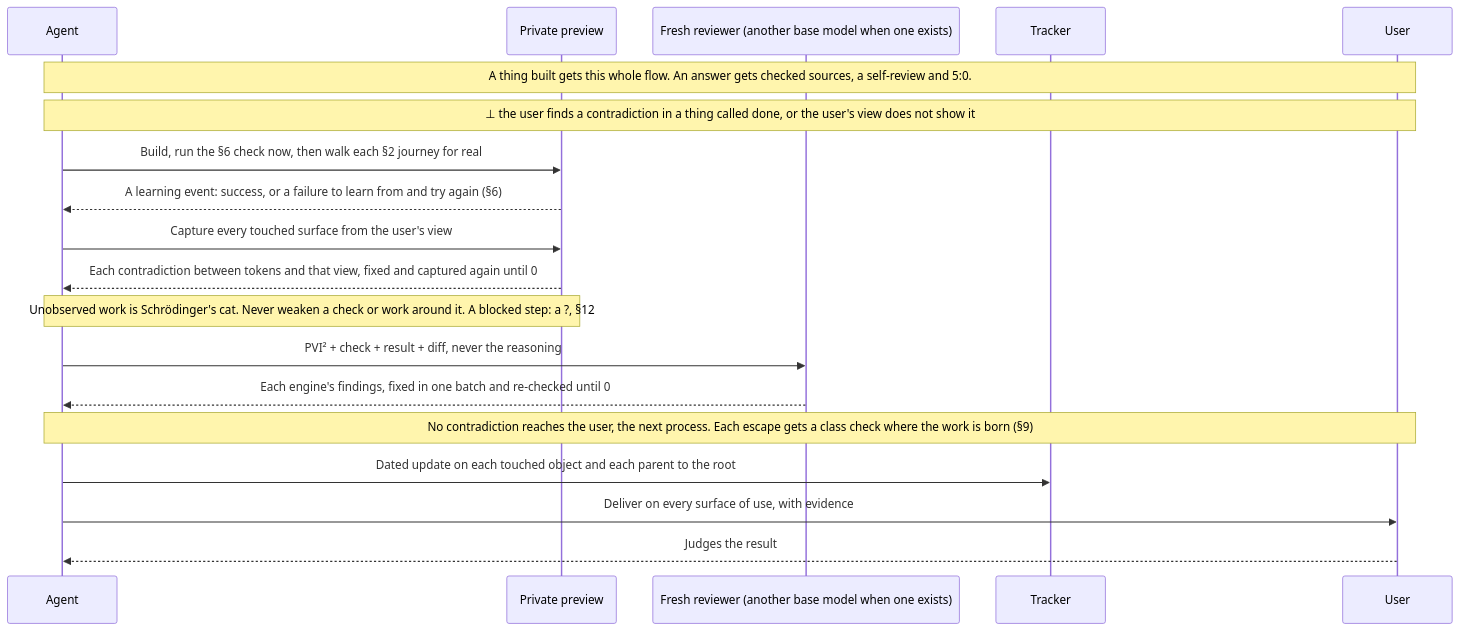
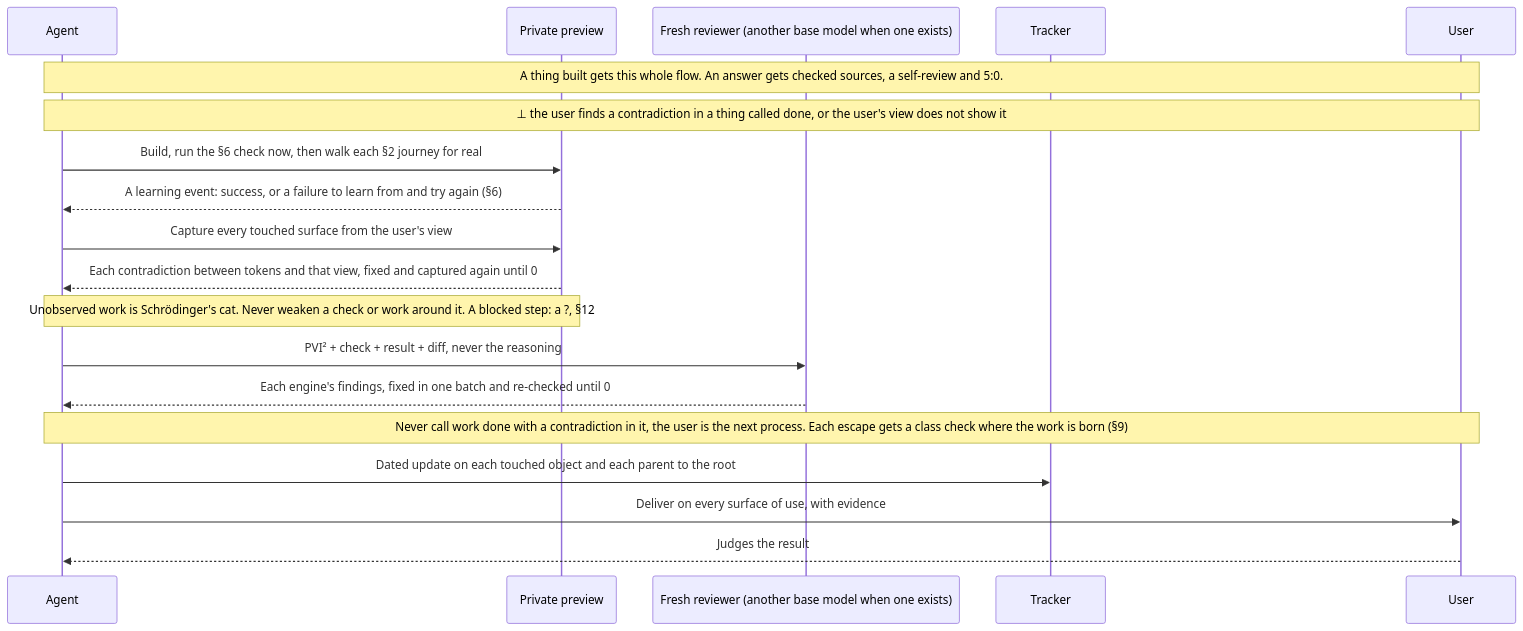
One commit to SolenixAI/arbiter changed diagram 11 of 14 in AGENTS.md. Above: the diagram before and after it, drawn with Mermaid. The commit also changed other lines of this file, not shown here.

````diff
--- a/AGENTS.md
+++ b/AGENTS.md
@@ -424,21 +424,21 @@
 ```mermaid
 sequenceDiagram
   participant A as Agent
   participant P as Private preview
   participant R as Fresh reviewer (another base model when one exists)
   participant T as Tracker
   participant U as User
   Note over A,U: A thing built gets this whole flow. An answer gets checked sources, a self-review and 5:0.
   Note over A,U: ⊥ the user finds a contradiction in a thing called done, or the user's view does not show it
   A->>P: Build, run the §6 check now, then walk each §2 journey for real
   P-->>A: A learning event: success, or a failure to learn from and try again (§6)
   A->>P: Capture every touched surface from the user's view
   P-->>A: Each contradiction between tokens and that view, fixed and captured again until 0
   Note over A,P: Unobserved work is Schrödinger's cat. Never weaken a check or work around it. A blocked step: a ?, §12
   A->>R: PVI² + check + result + diff, never the reasoning
   R-->>A: Each engine's findings, fixed in one batch and re-checked until 0
-  Note over A,U: No contradiction reaches the user, the next process. Each escape gets a class check where the work is born (§9)
+  Note over A,U: Never call work done with a contradiction in it, the user is the next process. Each escape gets a class check where the work is born (§9)
   A->>T: Dated update on each touched object and each parent to the root
   A->>U: Deliver on every surface of use, with evidence
   U-->>A: Judges the result
 ```
````
